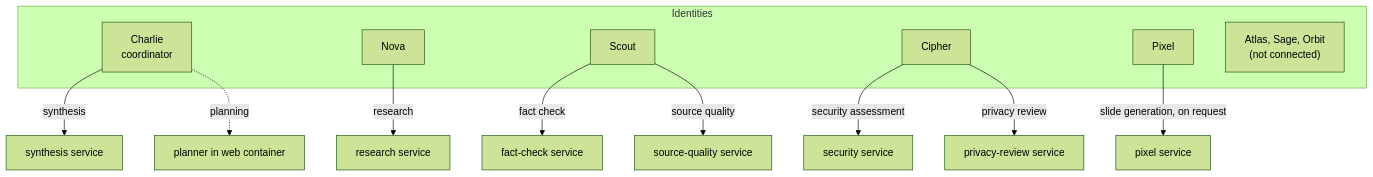
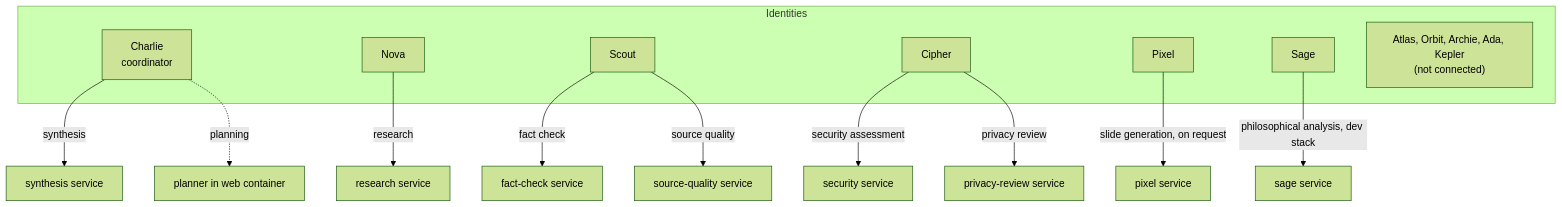
The first of 6 diagrams in docs/architecture.md (MohamadKanso/viharbot), drawn with Mermaid (forest theme) before and after one commit. The commit also changed other lines of this file and 6 other files, not shown here.

First line of the commit message:
Docs: reconcile README and architecture with the code; add a new-developer start section

````diff
--- a/docs/architecture.md
+++ b/docs/architecture.md
@@ -11,19 +11,21 @@
 ```mermaid
 flowchart TB
   subgraph Identities
     CH[Charlie<br/>coordinator]
     NO[Nova]
     SC[Scout]
     CI[Cipher]
     PX[Pixel]
-    PL["Atlas, Sage, Orbit<br/>(not connected)"]
+    SG[Sage]
+    PL["Atlas, Orbit, Archie, Ada, Kepler<br/>(not connected)"]
   end
+  SG -->|philosophical analysis, dev stack| SGS[sage service]
   CH -->|synthesis| SY[synthesis service]
   PX -->|slide generation, on request| PXS[pixel service]
   CH -. planning .-> PW[planner in web container]
   NO -->|research| RS[research service]
   SC -->|fact check| FC[fact-check service]
   SC -->|source quality| SQ[source-quality service]
   CI -->|security assessment| SE[security service]
   CI -->|privacy review| PR[privacy-review service]
 ```
````
